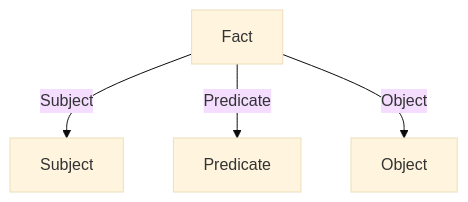
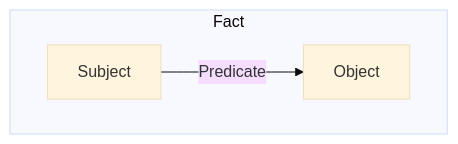
One commit to wazootech/worlds changed the third of 5 diagrams in packages/docs/worlds/index.mdx. Above: the diagram before and after it, drawn with Mermaid (base theme). The commit also changed other lines of this file, not shown here.

````diff
--- a/packages/docs/worlds/index.mdx
+++ b/packages/docs/worlds/index.mdx
@@ -78,6 +60,7 @@
 ```mermaid
-graph TD
-    A[Fact] -->|Subject| B[Subject]
-    A -->|Predicate| C[Predicate]
-    A -->|Object| D[Object]
+graph LR
+  subgraph "Fact"
+    direction LR
+    A[Subject] -->|Predicate| B[Object]
+  end
 ```
````
